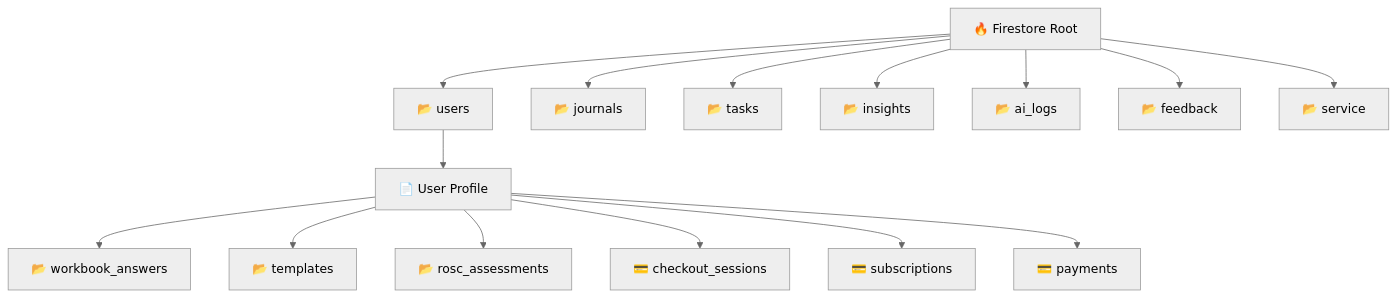
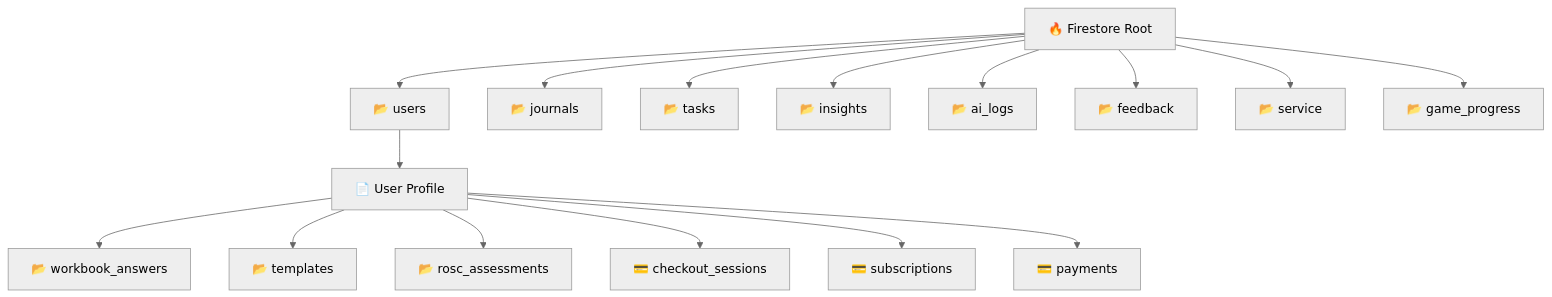
One commit to rpdouglas/MRT2 changed the diagram in docs/SCHEMA_ARCHITECTURE.md. Above: the diagram before and after it, drawn with Mermaid (neutral theme). The commit also changed other lines of this file and 7 other files, not shown here.

````diff
--- a/docs/SCHEMA_ARCHITECTURE.md
+++ b/docs/SCHEMA_ARCHITECTURE.md
@@ -8,20 +8,21 @@
 ```mermaid
 graph TD
     root[🔥 Firestore Root]
 
     root --> users[📂 users]
     users --> userDoc[📄 User Profile]
     userDoc --> workbook_answers[📂 workbook_answers]
     userDoc --> templates[📂 templates]
     userDoc --> rosc_assessments[📂 rosc_assessments]
     userDoc --> checkout_sessions[💳 checkout_sessions]
     userDoc --> subscriptions[💳 subscriptions]
     userDoc --> payments[💳 payments]
 
     root --> journals[📂 journals]
     root --> tasks[📂 tasks]
     root --> insights[📂 insights]
     root --> ai_logs[📂 ai_logs]
     root --> feedback[📂 feedback]
     root --> service[📂 service]
+    root --> game_progress[📂 game_progress]
 ```
````
